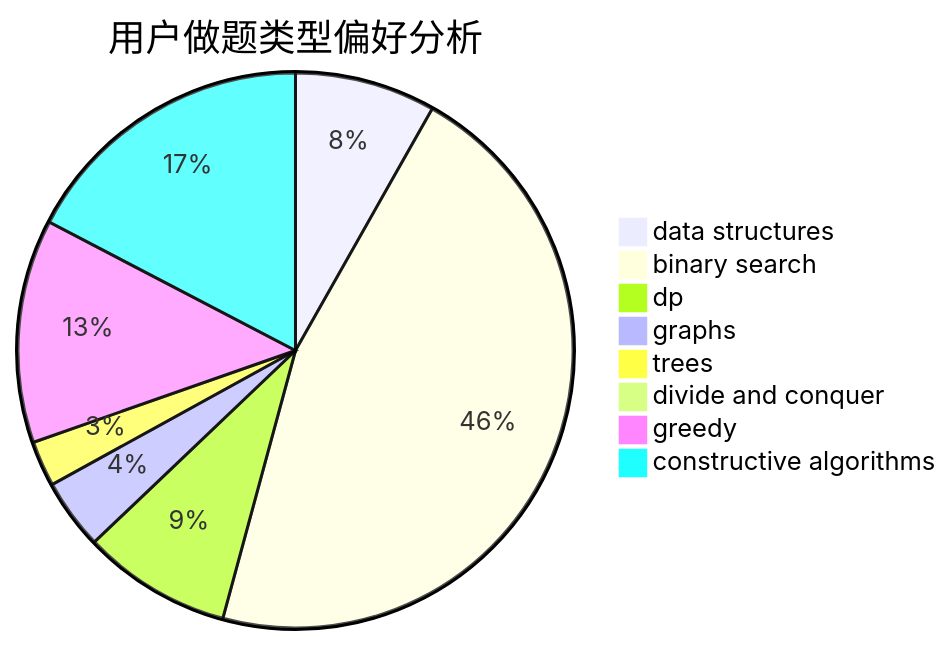
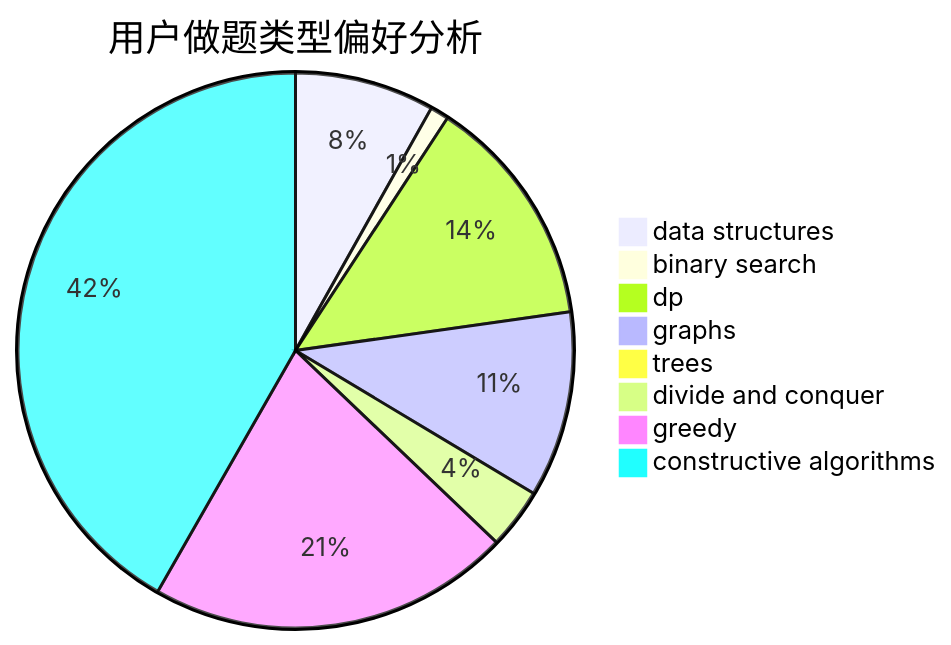
Before and after one commit to sherpahu/cfrs.github.io: the second of 3 diagrams in docs/user/u1634.md, drawn with Mermaid. The commit also changed other lines of this file and 2770 other files, not shown here.

````diff
--- a/docs/user/u1634.md
+++ b/docs/user/u1634.md
@@ -23,11 +23,11 @@
 ```mermaid
 pie title 用户做题类型偏好分析
-    "data structures" :  34
-    "binary search" :  191
-    "dp" :  36
-    "graphs" :  17
-    "trees" :  11
-    "divide and conquer" :  0
-    "greedy" :  54
-    "constructive algorithms" :  72
+    "data structures" :  30
+    "binary search" :  4
+    "dp" :  50
+    "graphs" :  40
+    "trees" :  0
+    "divide and conquer" :  13
+    "greedy" :  78
+    "constructive algorithms" :  154
 ```
````
